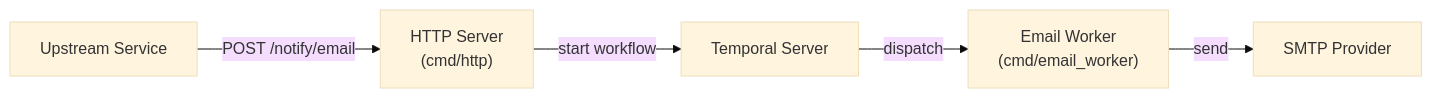
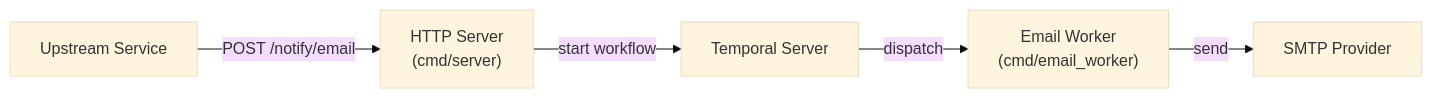
The diagram in docs/ARCHITECTURE.md (kap-theorem/beacon), drawn with Mermaid (base theme) before and after one commit. The commit also changed other lines of this file and 14 other files, not shown here.

````diff
--- a/docs/ARCHITECTURE.md
+++ b/docs/ARCHITECTURE.md
@@ -9,13 +9,13 @@
 ```mermaid
 flowchart LR
     US["Upstream Service"]
-    HTTP["HTTP Server\n(cmd/http)"]
+    HTTP["HTTP Server\n(cmd/server)"]
     TS["Temporal Server"]
     EW["Email Worker\n(cmd/email_worker)"]
     SMTP["SMTP Provider"]
 
     US -->|POST /notify/email| HTTP
     HTTP -->|start workflow| TS
     TS -->|dispatch| EW
     EW -->|send| SMTP
 ```
````
